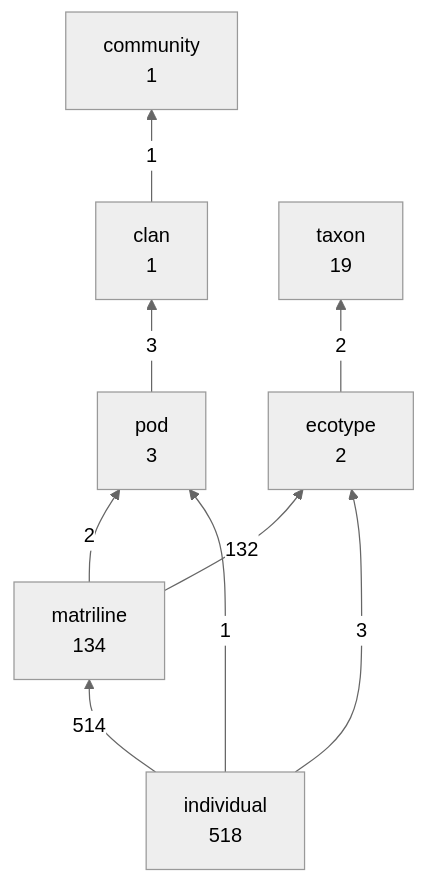
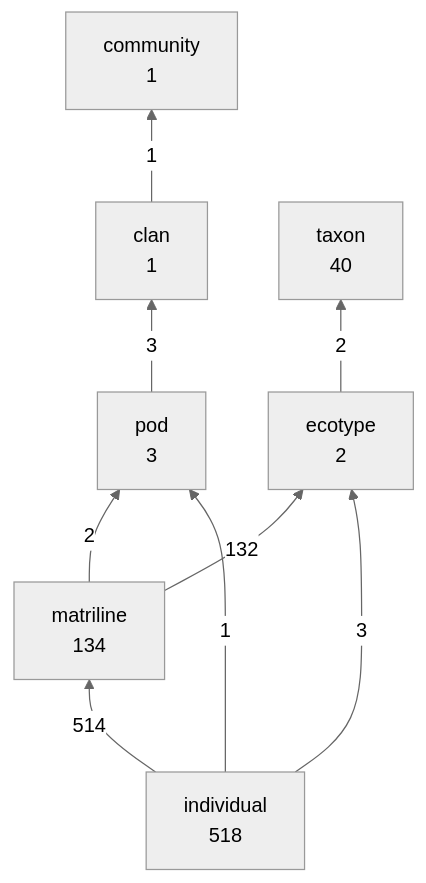
One commit to salish-sea/animals changed the first of 2 diagrams in dist/structure.md. Above: the diagram before and after it, drawn with Mermaid (neutral theme). The commit also changed 4 other files, not shown here.

````diff
--- a/dist/structure.md
+++ b/dist/structure.md
@@ -11,18 +11,18 @@
 ```mermaid
 graph BT
   clan["clan<br/>1"]
   community["community<br/>1"]
   ecotype["ecotype<br/>2"]
   individual["individual<br/>518"]
   matriline["matriline<br/>134"]
   pod["pod<br/>3"]
-  taxon["taxon<br/>19"]
+  taxon["taxon<br/>40"]
   individual -->|514| matriline
   matriline -->|132| ecotype
   individual -->|3| ecotype
   pod -->|3| clan
   ecotype -->|2| taxon
   matriline -->|2| pod
   clan -->|1| community
   individual -->|1| pod
 ```
````
